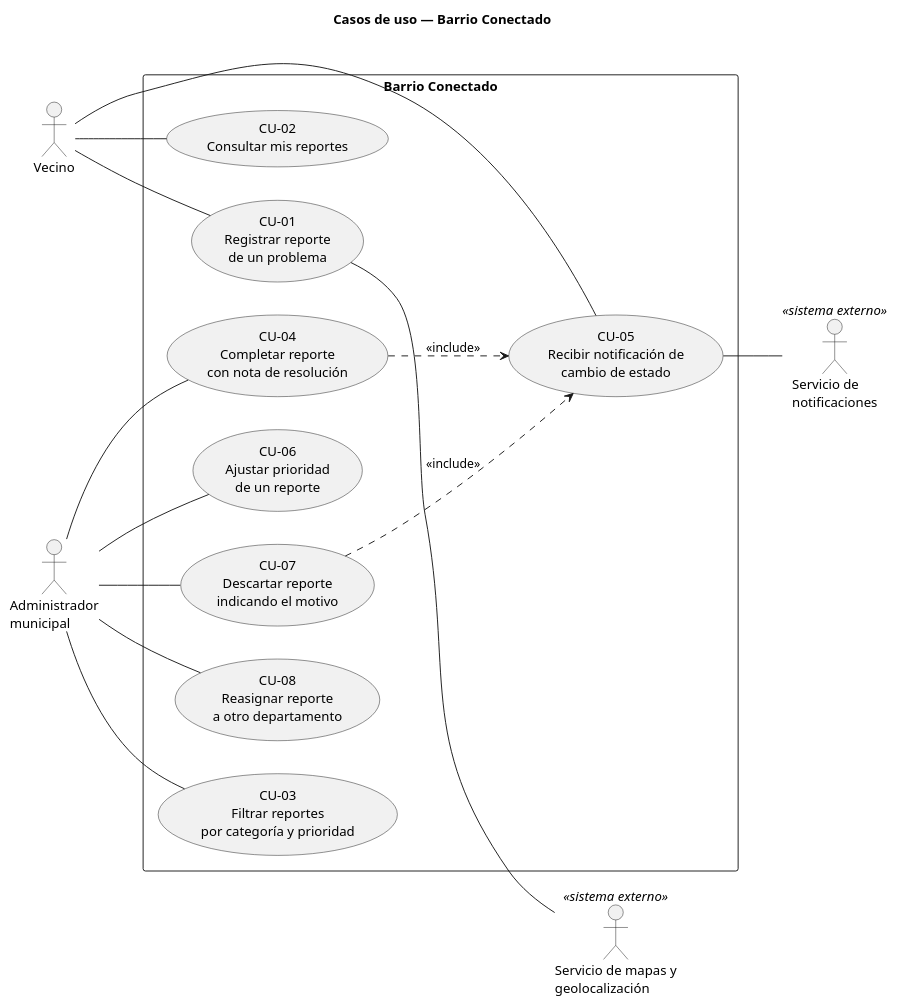
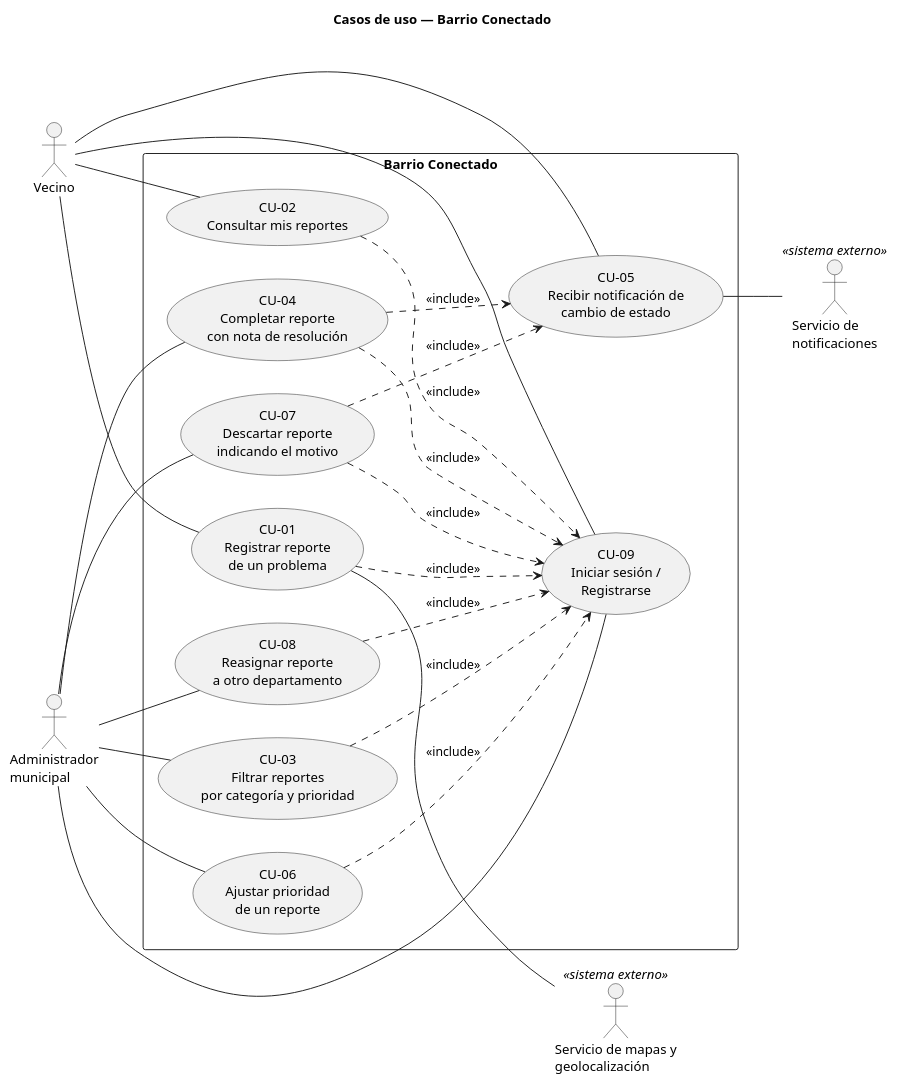
The diagram in diagramas/casos-de-uso.puml (bruhmzk/Barrio-Conectado), drawn with PlantUML before and after one commit. The commit also changed 45 other files, not shown here.

```diff
--- a/diagramas/casos-de-uso.puml
+++ b/diagramas/casos-de-uso.puml
@@ -1,37 +1,47 @@
 @startuml casos-de-uso
 title Casos de uso — Barrio Conectado
 left to right direction
 skinparam shadowing false
 skinparam packageStyle rectangle
 
 actor Vecino
 actor Admin as "Administrador\nmunicipal"
 actor Mapas as "Servicio de mapas y\ngeolocalización" <<sistema externo>>
 actor Notif as "Servicio de\nnotificaciones" <<sistema externo>>
 
 rectangle "Barrio Conectado" {
   usecase CU01 as "CU-01\nRegistrar reporte\nde un problema"
   usecase CU02 as "CU-02\nConsultar mis reportes"
   usecase CU03 as "CU-03\nFiltrar reportes\npor categoría y prioridad"
   usecase CU04 as "CU-04\nCompletar reporte\ncon nota de resolución"
   usecase CU05 as "CU-05\nRecibir notificación de\ncambio de estado"
   usecase CU06 as "CU-06\nAjustar prioridad\nde un reporte"
   usecase CU07 as "CU-07\nDescartar reporte\nindicando el motivo"
   usecase CU08 as "CU-08\nReasignar reporte\na otro departamento"
+  usecase CU09 as "CU-09\nIniciar sesión /\nRegistrarse"
 }
 
 Vecino -- CU01
 Vecino -- CU02
 Vecino -- CU05
+Vecino -- CU09
 Admin -- CU03
 Admin -- CU04
 Admin -- CU06
 Admin -- CU07
 Admin -- CU08
+Admin -- CU09
 
 CU01 -- Mapas
 CU05 -- Notif
 
 CU04 ..> CU05 : <<include>>
 CU07 ..> CU05 : <<include>>
+CU01 ..> CU09 : <<include>>
+CU02 ..> CU09 : <<include>>
+CU03 ..> CU09 : <<include>>
+CU04 ..> CU09 : <<include>>
+CU06 ..> CU09 : <<include>>
+CU07 ..> CU09 : <<include>>
+CU08 ..> CU09 : <<include>>
 @enduml
```
